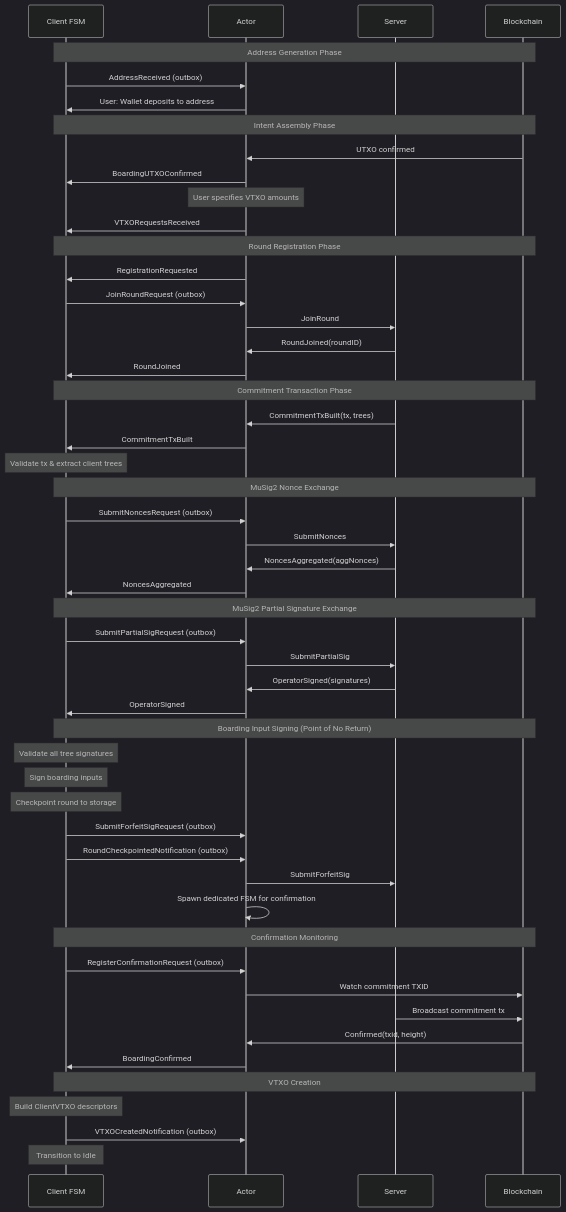
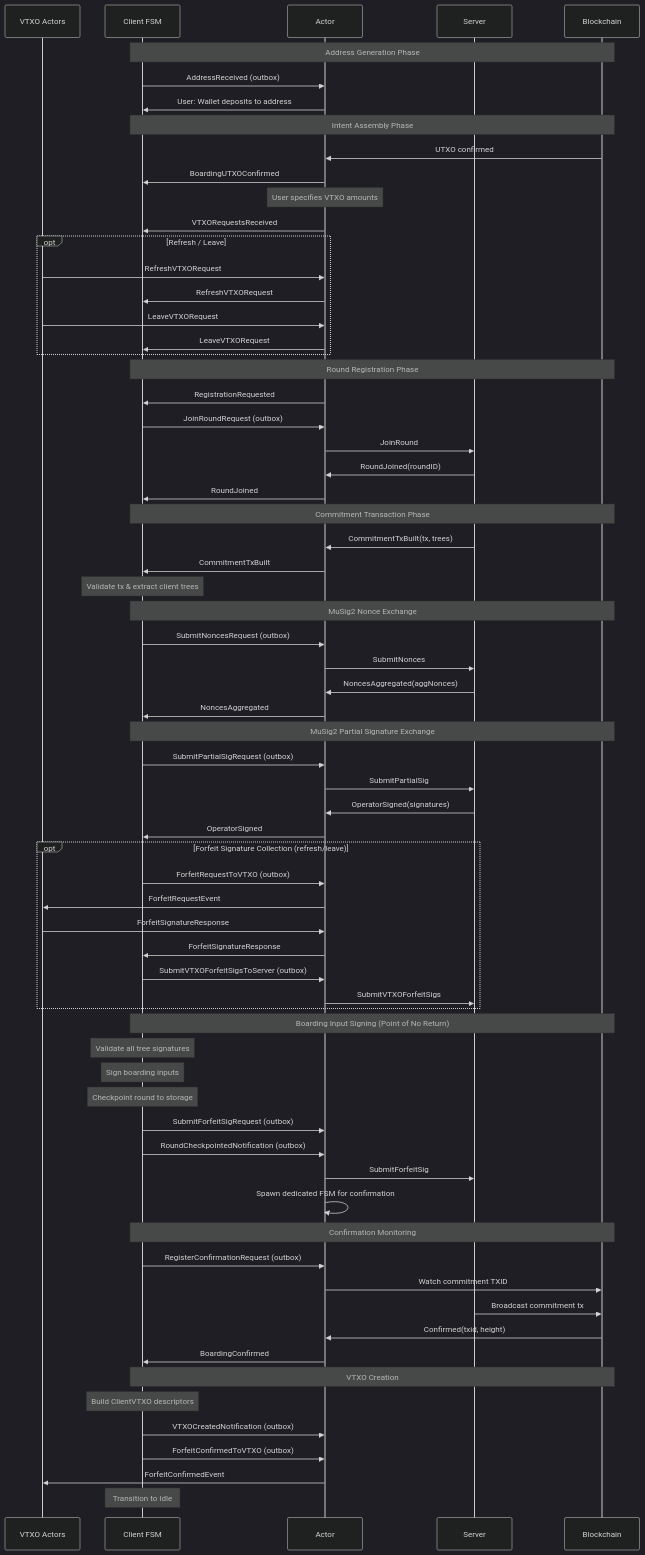
One commit to lightninglabs/wavelength changed the first of 2 diagrams in round/README.md. Above: the diagram before and after it, drawn with Mermaid (dark theme). The commit also changed other lines of this file, not shown here.

First line of the commit message:
round: document refresh, leave, and forfeit flows in README

````diff
--- a/round/README.md
+++ b/round/README.md
@@ -232,62 +268,80 @@
 ```mermaid
 sequenceDiagram
+    participant V as VTXO Actors
     participant C as Client FSM
     participant A as Actor
     participant S as Server
     participant B as Blockchain
 
     Note over C,B: Address Generation Phase
     C->>A: AddressReceived (outbox)
     A->>C: User: Wallet deposits to address
 
     Note over C,B: Intent Assembly Phase
     B->>A: UTXO confirmed
     A->>C: BoardingUTXOConfirmed
     Note over A: User specifies VTXO amounts
     A->>C: VTXORequestsReceived
+    opt Refresh / Leave
+        V->>A: RefreshVTXORequest
+        A->>C: RefreshVTXORequest
+        V->>A: LeaveVTXORequest
+        A->>C: LeaveVTXORequest
+    end
 
     Note over C,B: Round Registration Phase
     A->>C: RegistrationRequested
     C->>A: JoinRoundRequest (outbox)
     A->>S: JoinRound
     S->>A: RoundJoined(roundID)
     A->>C: RoundJoined
 
     Note over C,B: Commitment Transaction Phase
     S->>A: CommitmentTxBuilt(tx, trees)
     A->>C: CommitmentTxBuilt
     Note over C: Validate tx & extract client trees
 
     Note over C,B: MuSig2 Nonce Exchange
     C->>A: SubmitNoncesRequest (outbox)
     A->>S: SubmitNonces
     S->>A: NoncesAggregated(aggNonces)
     A->>C: NoncesAggregated
 
     Note over C,B: MuSig2 Partial Signature Exchange
     C->>A: SubmitPartialSigRequest (outbox)
     A->>S: SubmitPartialSig
     S->>A: OperatorSigned(signatures)
     A->>C: OperatorSigned
 
+    opt Forfeit Signature Collection (refresh/leave)
+        C->>A: ForfeitRequestToVTXO (outbox)
+        A->>V: ForfeitRequestEvent
+        V->>A: ForfeitSignatureResponse
+        A->>C: ForfeitSignatureResponse
+        C->>A: SubmitVTXOForfeitSigsToServer (outbox)
+        A->>S: SubmitVTXOForfeitSigs
+    end
+
     Note over C,B: Boarding Input Signing (Point of No Return)
     Note over C: Validate all tree signatures
     Note over C: Sign boarding inputs
     Note over C: Checkpoint round to storage
     C->>A: SubmitForfeitSigRequest (outbox)
     C->>A: RoundCheckpointedNotification (outbox)
     A->>S: SubmitForfeitSig
     A->>A: Spawn dedicated FSM for confirmation
 
     Note over C,B: Confirmation Monitoring
     C->>A: RegisterConfirmationRequest (outbox)
     A->>B: Watch commitment TXID
     S->>B: Broadcast commitment tx
     B->>A: Confirmed(txid, height)
     A->>C: BoardingConfirmed
 
     Note over C,B: VTXO Creation
     Note over C: Build ClientVTXO descriptors
     C->>A: VTXOCreatedNotification (outbox)
+    C->>A: ForfeitConfirmedToVTXO (outbox)
+    A->>V: ForfeitConfirmedEvent
     Note over C: Transition to Idle
 ```
````
